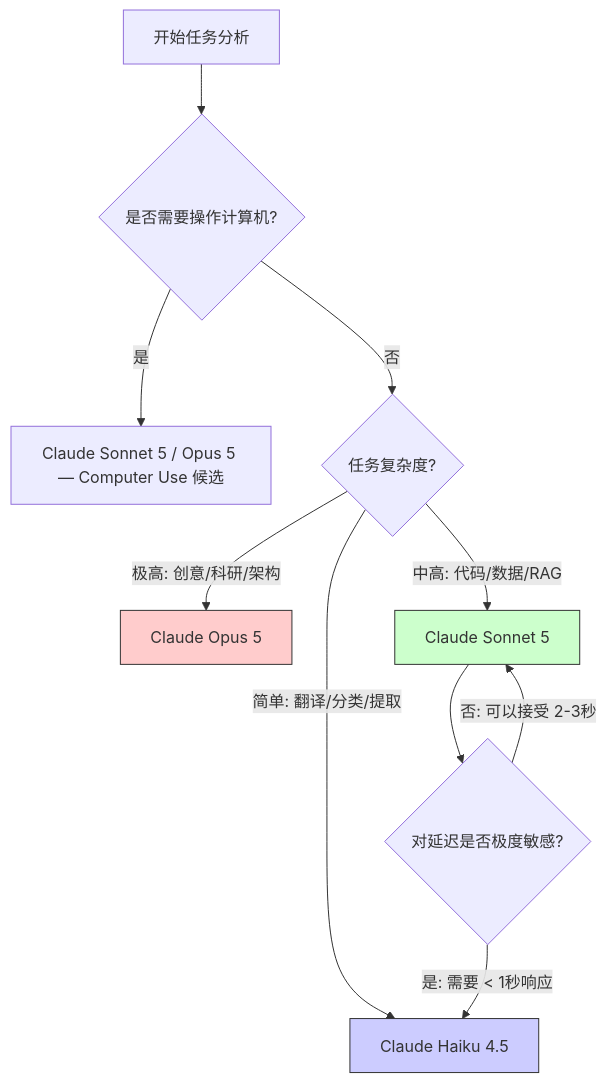
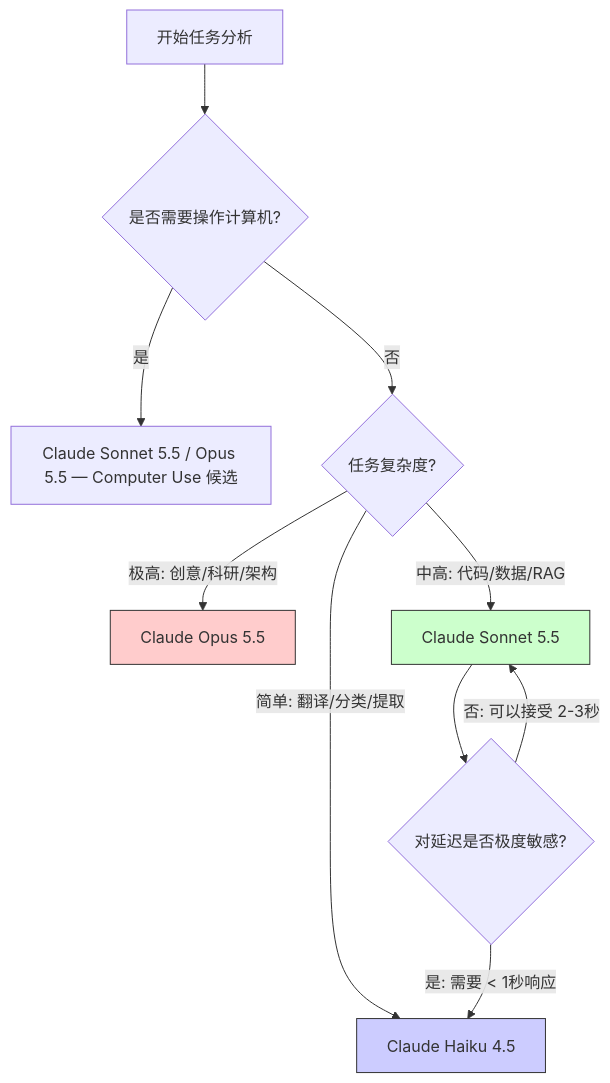
One commit to yeasy/claude_guide changed the first of 2 diagrams in 01_intro/1.4_model_selection.md. Above: the diagram before and after it, drawn with Mermaid. The commit also changed other lines of this file and 25 other files, not shown here.

Commit message:
fix(附录G): 刷新快变事实台账至 2026-10-04——Opus 5.5/Sonnet 5.5/Fable 5.1 成为当前型号，Opus 5/Sonnet 5 入 Legacy；同步选型、定价、thinking、缓存与 computer use 各章，Sonnet 4.6 行号白名单按内容重映射

````diff
--- a/01_intro/1.4_model_selection.md
+++ b/01_intro/1.4_model_selection.md
@@ -17,18 +17,18 @@
 ```mermaid
 graph TD
     Start["开始任务分析"] --> Q1{"是否需要操作计算机?"}
-    Q1 -- "是" --> OpCS["Claude Sonnet 5 / Opus 5 — Computer Use 候选"]
+    Q1 -- "是" --> OpCS["Claude Sonnet 5.5 / Opus 5.5 — Computer Use 候选"]
     Q1 -- "否" --> Q2{"任务复杂度?"}
 
-    Q2 -- "极高: 创意/科研/架构" --> Opus["Claude Opus 5"]
-    Q2 -- "中高: 代码/数据/RAG" --> Sonnet["Claude Sonnet 5"]
+    Q2 -- "极高: 创意/科研/架构" --> Opus["Claude Opus 5.5"]
+    Q2 -- "中高: 代码/数据/RAG" --> Sonnet["Claude Sonnet 5.5"]
     Q2 -- "简单: 翻译/分类/提取" --> Haiku["Claude Haiku 4.5"]
 
     Sonnet --> Q3{"对延迟是否极度敏感?"}
     Q3 -- "是: 需要 < 1秒响应" --> Haiku
     Q3 -- "否: 可以接受 2-3秒" --> Sonnet
 
     style Opus fill:#ffcccc,stroke:#333
     style Sonnet fill:#ccffcc,stroke:#333
     style Haiku fill:#ccccff,stroke:#333
 ```
````
